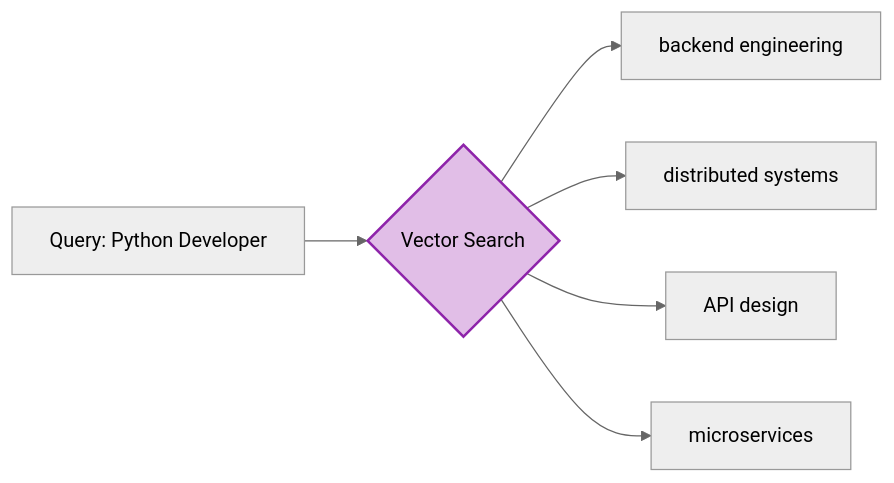
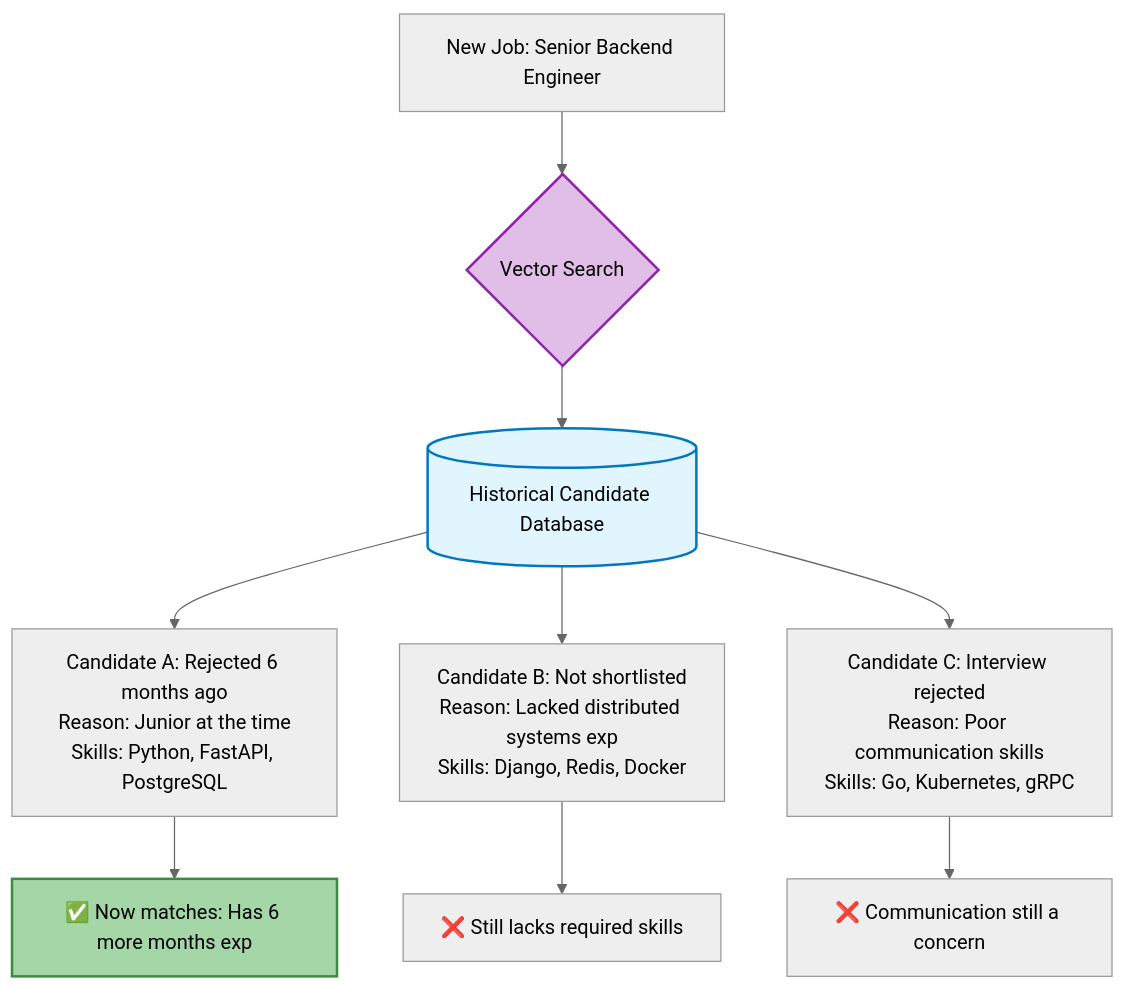
Before and after one commit to devrahulbanjara/Rojgar-AI: the fifth of 7 diagrams in README.md, drawn with Mermaid. The commit also changed other lines of this file, not shown here.

````diff
--- a/README.md
+++ b/README.md
@@ -214,11 +224,17 @@
 ```mermaid
 %%{init: {'theme': 'neutral'}}%%
-graph LR
-    A[Query: Python Developer] --> B{Vector Search}
-    B --> C[backend engineering]
-    B --> D[distributed systems]
-    B --> E[API design]
-    B --> F[microservices]
+graph TB
+    RECRUITER[New Job: Senior Backend Engineer] --> SEARCH{Vector Search}
+    SEARCH --> DB[(Historical Candidate Database)]
+    DB --> R1[Candidate A: Rejected 6 months ago<br/>Reason: Junior at the time<br/>Skills: Python, FastAPI, PostgreSQL]
+    DB --> R2[Candidate B: Not shortlisted<br/>Reason: Lacked distributed systems exp<br/>Skills: Django, Redis, Docker]
+    DB --> R3[Candidate C: Interview rejected<br/>Reason: Poor communication skills<br/>Skills: Go, Kubernetes, gRPC]
     
-    style B fill:#e1bee7,stroke:#8e24aa,stroke-width:2px
+    R1 --> MATCH[✅ Now matches: Has 6 more months exp]
+    R2 --> NOMATCH[❌ Still lacks required skills]
+    R3 --> NOMATCH2[❌ Communication still a concern]
+    
+    style SEARCH fill:#e1bee7,stroke:#8e24aa,stroke-width:2px
+    style DB fill:#e1f5fe,stroke:#0277bd,stroke-width:2px
+    style MATCH fill:#a5d6a7,stroke:#388e3c,stroke-width:2px
 ```
````
